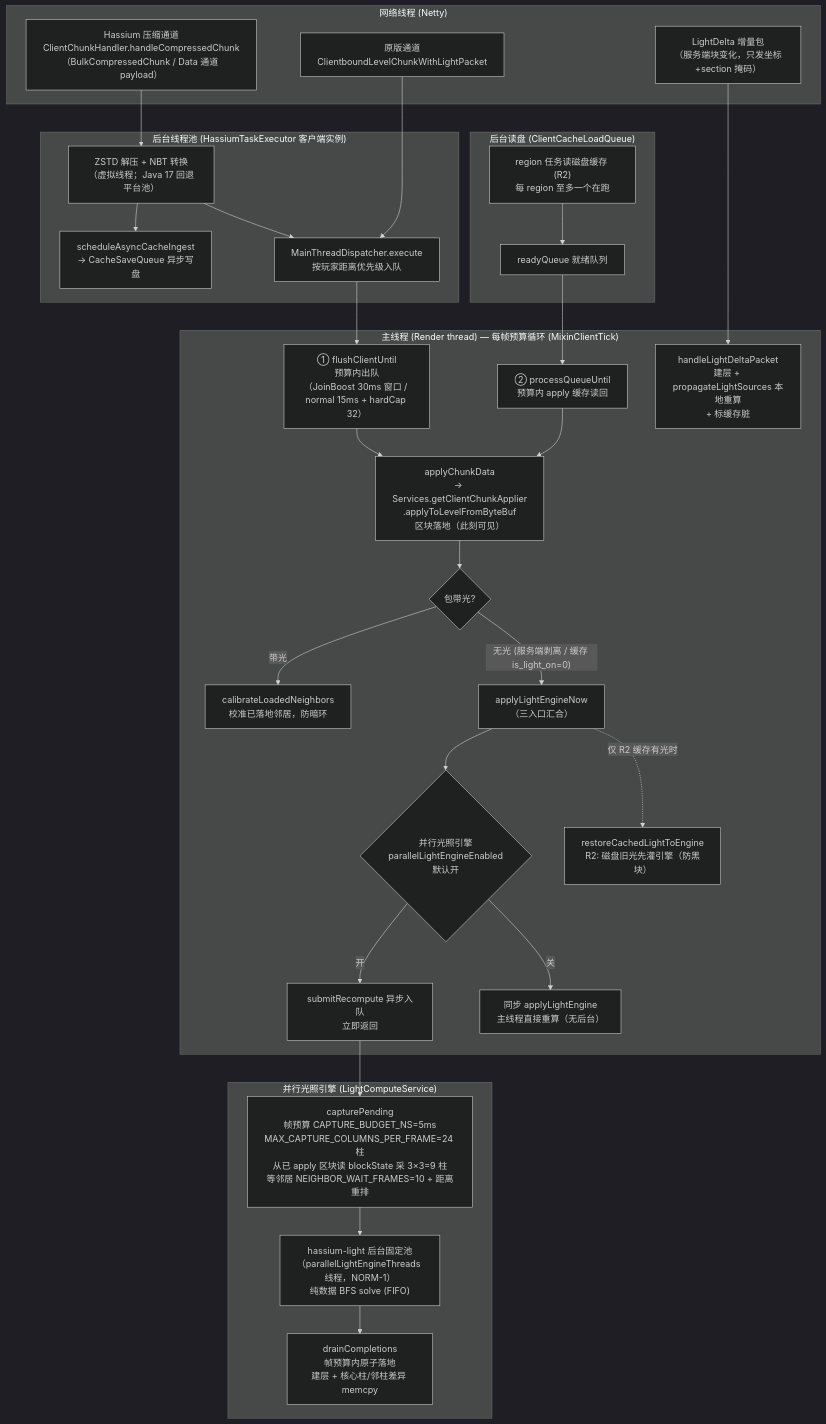
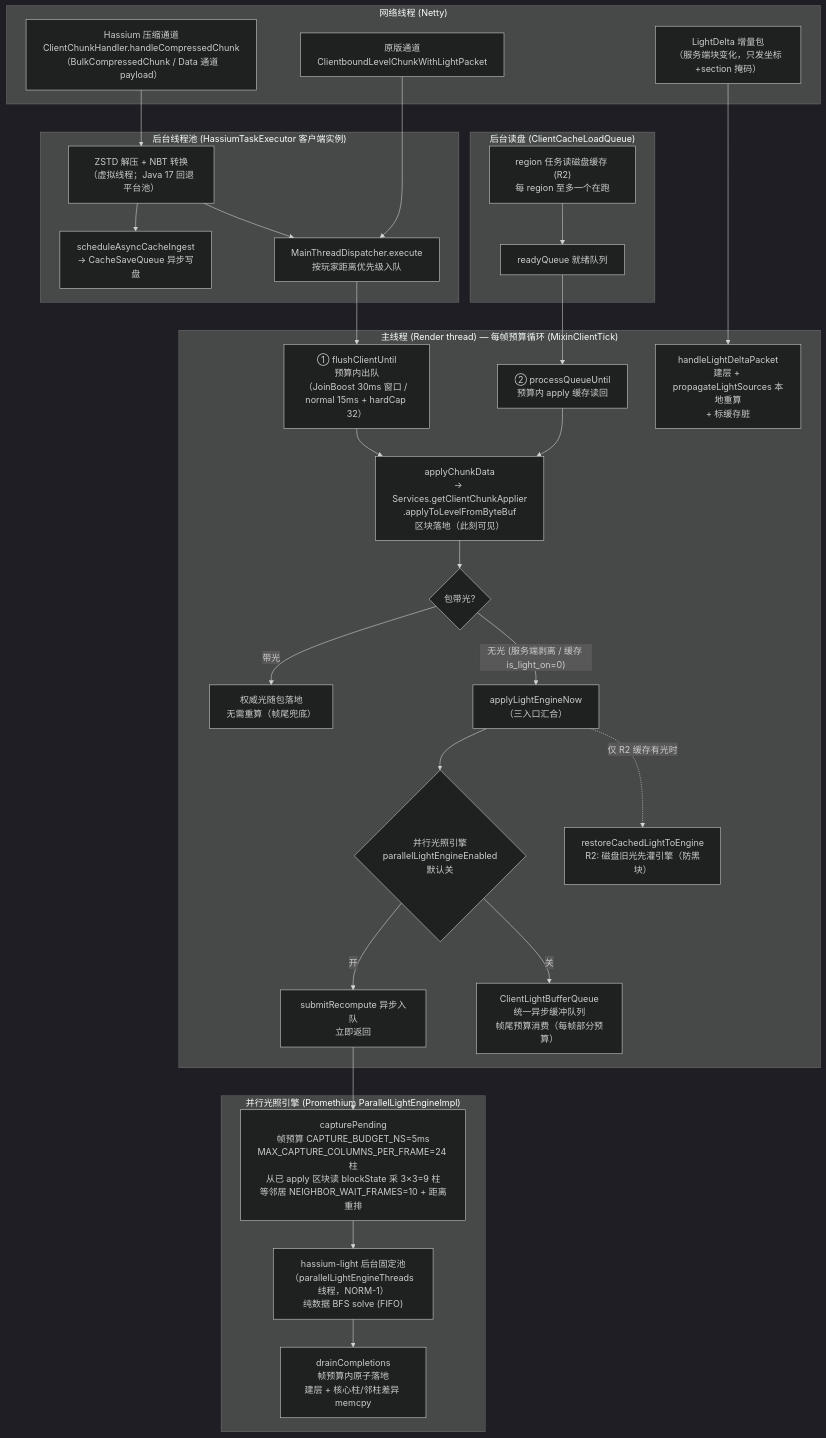
The diagram in docs/client-chunk-light-flow.md (limuqy/Hassium), drawn with Mermaid (dark theme) before and after one commit. The commit also changed other lines of this file and 40 other files, not shown here.

First line of the commit message:
Refactor light engine: drop embedded Promethium engine for runtime bridge

````diff
--- a/docs/client-chunk-light-flow.md
+++ b/docs/client-chunk-light-flow.md
@@ -17,57 +17,57 @@
 ```mermaid
 flowchart TD
     subgraph NET["网络线程 (Netty)"]
         A["Hassium 压缩通道<br/>ClientChunkHandler.handleCompressedChunk<br/>（BulkCompressedChunk / Data 通道 payload）"]
         B["原版通道<br/>ClientboundLevelChunkWithLightPacket"]
         C["LightDelta 增量包<br/>（服务端块变化，只发坐标+section 掩码）"]
     end
 
     subgraph BG["后台线程池 (HassiumTaskExecutor 客户端实例)"]
         D["ZSTD 解压 + NBT 转换<br/>（虚拟线程；Java 17 回退平台池）"]
         E["scheduleAsyncCacheIngest<br/>→ CacheSaveQueue 异步写盘"]
         F["MainThreadDispatcher.execute<br/>按玩家距离优先级入队"]
     end
 
     subgraph BG2["后台读盘 (ClientCacheLoadQueue)"]
         U["region 任务读磁盘缓存 (R2)<br/>每 region 至多一个在跑"]
         V["readyQueue 就绪队列"]
     end
 
     subgraph MAIN["主线程 (Render thread) — 每帧预算循环 (MixinClientTick)"]
         G["① flushClientUntil<br/>预算内出队<br/>（JoinBoost 30ms 窗口 / normal 15ms + hardCap 32）"]
         G2["② processQueueUntil<br/>预算内 apply 缓存读回"]
         H["applyChunkData<br/>→ Services.getClientChunkApplier<br/>.applyToLevelFromByteBuf<br/>区块落地（此刻可见）"]
         I{"包带光?"}
-        J["calibrateLoadedNeighbors<br/>校准已落地邻居，防暗环"]
+        J["权威光随包落地<br/>无需重算（帧尾兜底）"]
         K["applyLightEngineNow<br/>（三入口汇合）"]
-        L{"并行光照引擎<br/>parallelLightEngineEnabled<br/>默认开"}
+        L{"并行光照引擎<br/>parallelLightEngineEnabled<br/>默认关"}
         M["submitRecompute 异步入队<br/>立即返回"]
-        N["同步 applyLightEngine<br/>主线程直接重算（无后台）"]
+        N["ClientLightBufferQueue<br/>统一异步缓冲队列<br/>帧尾预算消费（每帧部分预算）"]
         O["restoreCachedLightToEngine<br/>R2: 磁盘旧光先灌引擎（防黑块）"]
         P["handleLightDeltaPacket<br/>建层 + propagateLightSources 本地重算<br/>+ 标缓存脏"]
     end
 
-    subgraph LIGHT["并行光照引擎 (LightComputeService)"]
+    subgraph LIGHT["并行光照引擎 (Promethium ParallelLightEngineImpl)"]
         Q["capturePending<br/>帧预算 CAPTURE_BUDGET_NS=5ms<br/>MAX_CAPTURE_COLUMNS_PER_FRAME=24 柱<br/>从已 apply 区块读 blockState 采 3×3=9 柱<br/>等邻居 NEIGHBOR_WAIT_FRAMES=10 + 距离重排"]
         R["hassium-light 后台固定池<br/>（parallelLightEngineThreads 线程，NORM-1）<br/>纯数据 BFS solve (FIFO)"]
         S["drainCompletions<br/>帧预算内原子落地<br/>建层 + 核心柱/邻柱差异 memcpy"]
     end
 
     A --> D --> E
     D --> F
     B --> F
     U --> V
     F --> G
     V --> G2
     G --> H
     G2 --> H
     H --> I
     I -- "带光" --> J
     I -- "无光 (服务端剥离 / 缓存 is_light_on=0)" --> K
     K --> L
     K -. "仅 R2 缓存有光时" .-> O
     L -- "开" --> M
     L -- "关" --> N
     C --> P
     M --> Q --> R --> S
 ```
````
